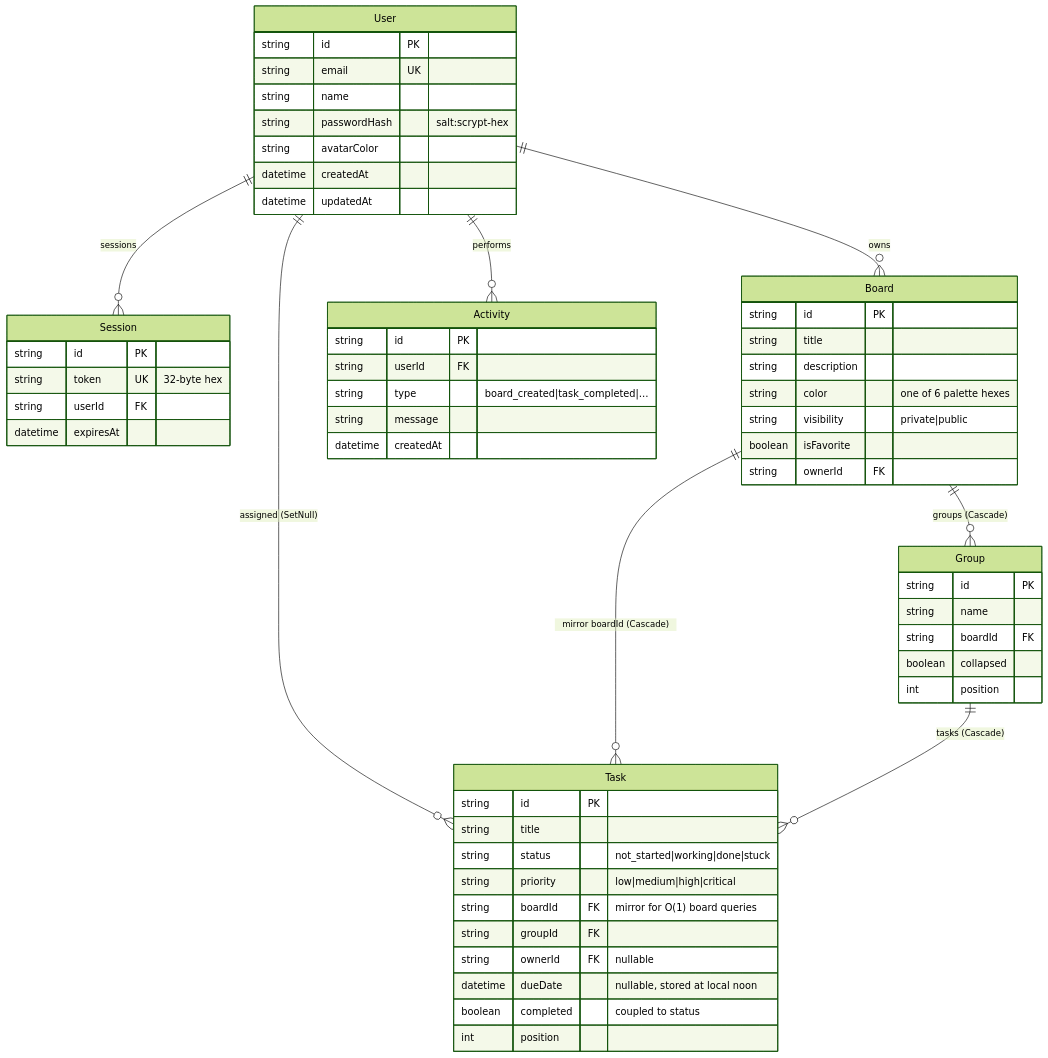
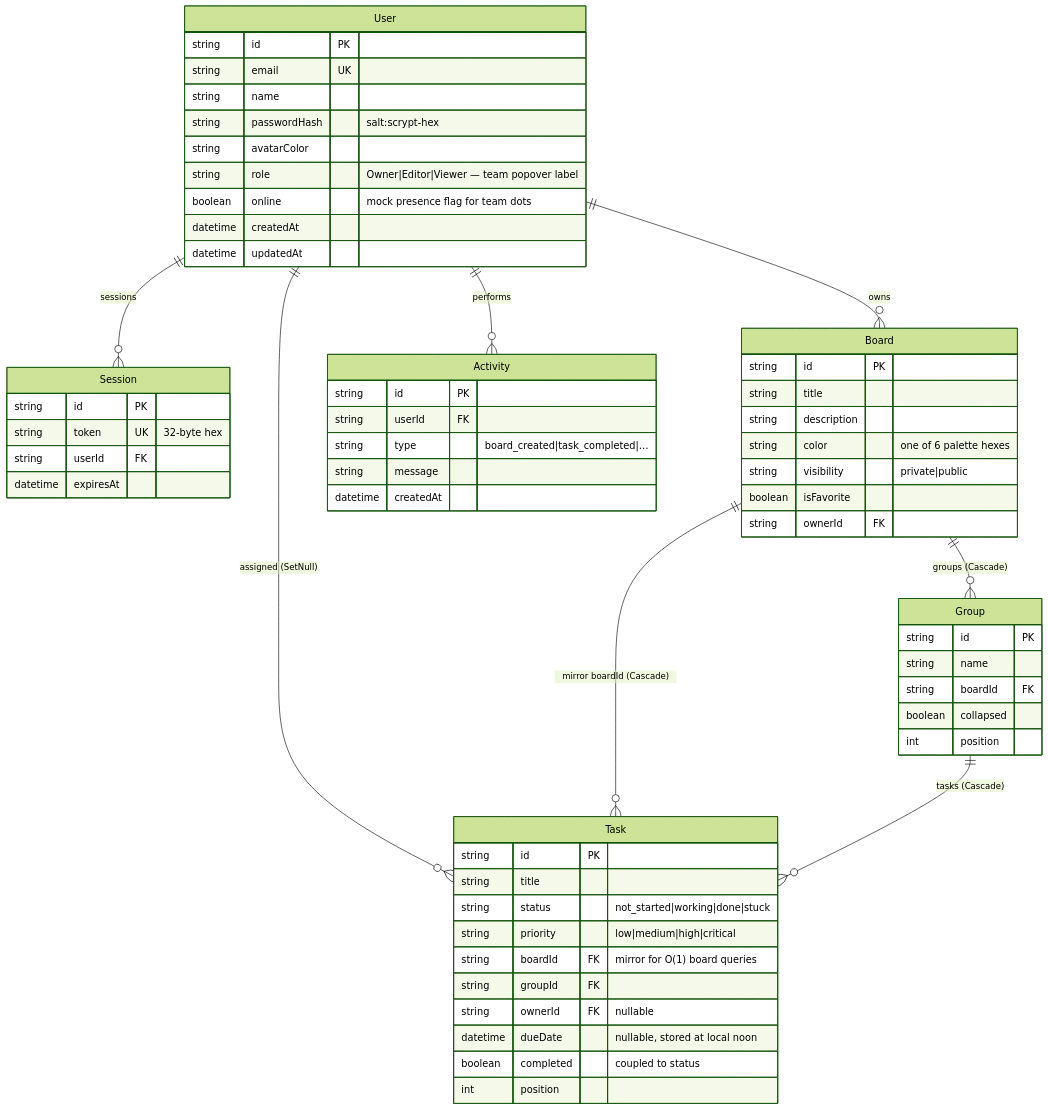
One commit to nordeim/task-management changed the second of 2 diagrams in Project_Architecture_Document.md. Above: the diagram before and after it, drawn with Mermaid (forest theme). The commit also changed other lines of this file and 4 other files, not shown here.

````diff
--- a/Project_Architecture_Document.md
+++ b/Project_Architecture_Document.md
@@ -648,61 +709,63 @@
 ```mermaid
 erDiagram
     User ||--o{ Session : "sessions"
     User ||--o{ Board : "owns"
     User ||--o{ Activity : "performs"
     User ||--o{ Task : "assigned (SetNull)"
     Board ||--o{ Group : "groups (Cascade)"
     Board ||--o{ Task : "mirror boardId (Cascade)"
     Group ||--o{ Task : "tasks (Cascade)"
 
     User {
       string id PK
       string email UK
       string name
       string passwordHash "salt:scrypt-hex"
       string avatarColor
+      string role "Owner|Editor|Viewer — team popover label"
+      boolean online "mock presence flag for team dots"
       datetime createdAt
       datetime updatedAt
     }
     Session {
       string id PK
       string token UK "32-byte hex"
       string userId FK
       datetime expiresAt
     }
     Board {
       string id PK
       string title
       string description
       string color "one of 6 palette hexes"
       string visibility "private|public"
       boolean isFavorite
       string ownerId FK
     }
     Group {
       string id PK
       string name
       string boardId FK
       boolean collapsed
       int position
     }
     Task {
       string id PK
       string title
       string status "not_started|working|done|stuck"
       string priority "low|medium|high|critical"
       string boardId FK "mirror for O(1) board queries"
       string groupId FK
       string ownerId FK "nullable"
       datetime dueDate "nullable, stored at local noon"
       boolean completed "coupled to status"
       int position
     }
     Activity {
       string id PK
       string userId FK
       string type "board_created|task_completed|…"
       string message
       datetime createdAt
     }
 ```
````
